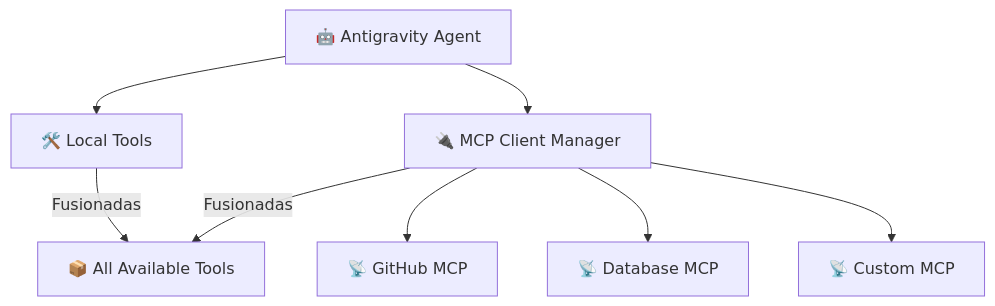
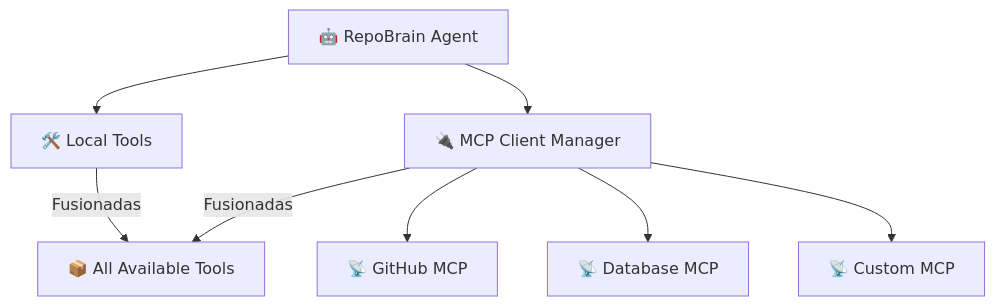
The diagram in docs/es/MCP_INTEGRATION.md (flying-dragon-ai/antigravity-workspace-template), drawn with Mermaid before and after one commit. The commit also changed other lines of this file and 255 other files, not shown here.

First line of the commit message:
Rename functional identifiers from Antigravity to RepoBrain

````diff
--- a/docs/es/MCP_INTEGRATION.md
+++ b/docs/es/MCP_INTEGRATION.md
@@ -57,10 +57,10 @@
 ```mermaid
 graph TD
-    Agent[🤖 Antigravity Agent] --> LocalTools[🛠️ Local Tools]
+    Agent[🤖 RepoBrain Agent] --> LocalTools[🛠️ Local Tools]
     Agent --> MCPManager[🔌 MCP Client Manager]
     MCPManager --> Server1[📡 GitHub MCP]
     MCPManager --> Server2[📡 Database MCP]
     MCPManager --> Server3[📡 Custom MCP]
     LocalTools --> |Fusionadas| AllTools[📦 All Available Tools]
     MCPManager --> |Fusionadas| AllTools
 ```
````
